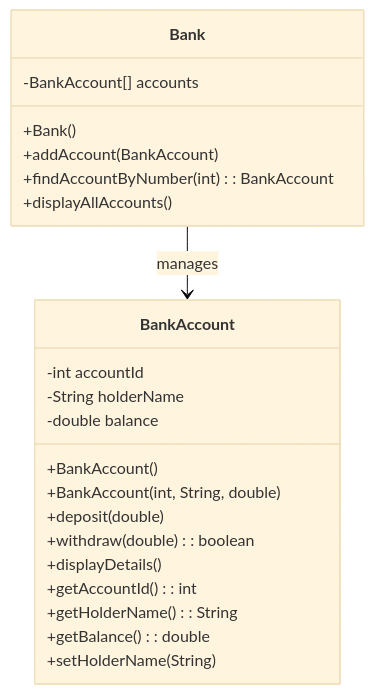
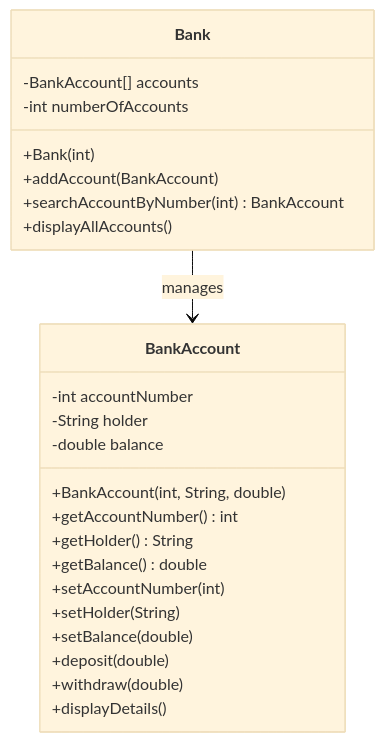
Before and after one commit to Lagmouchyoussef/java-oop-bank-library: the second of 4 diagrams in README.md, drawn with Mermaid (base theme). The commit also changed other lines of this file, not shown here.

````diff
--- a/README.md
+++ b/README.md
@@ -632,27 +754,29 @@
 ```mermaid
 classDiagram
     class BankAccount {
-        -int accountId
-        -String holderName
+        -int accountNumber
+        -String holder
         -double balance
-        +BankAccount()
         +BankAccount(int, String, double)
+        +getAccountNumber() int
+        +getHolder() String
+        +getBalance() double
+        +setAccountNumber(int)
+        +setHolder(String)
+        +setBalance(double)
         +deposit(double)
-        +withdraw(double): boolean
+        +withdraw(double)
         +displayDetails()
-        +getAccountId(): int
-        +getHolderName(): String
-        +getBalance(): double
-        +setHolderName(String)
     }
 
     class Bank {
         -BankAccount[] accounts
-        +Bank()
+        -int numberOfAccounts
+        +Bank(int)
         +addAccount(BankAccount)
-        +findAccountByNumber(int): BankAccount
+        +searchAccountByNumber(int) BankAccount
         +displayAllAccounts()
     }
 
     Bank --> BankAccount : manages
 ```
````
